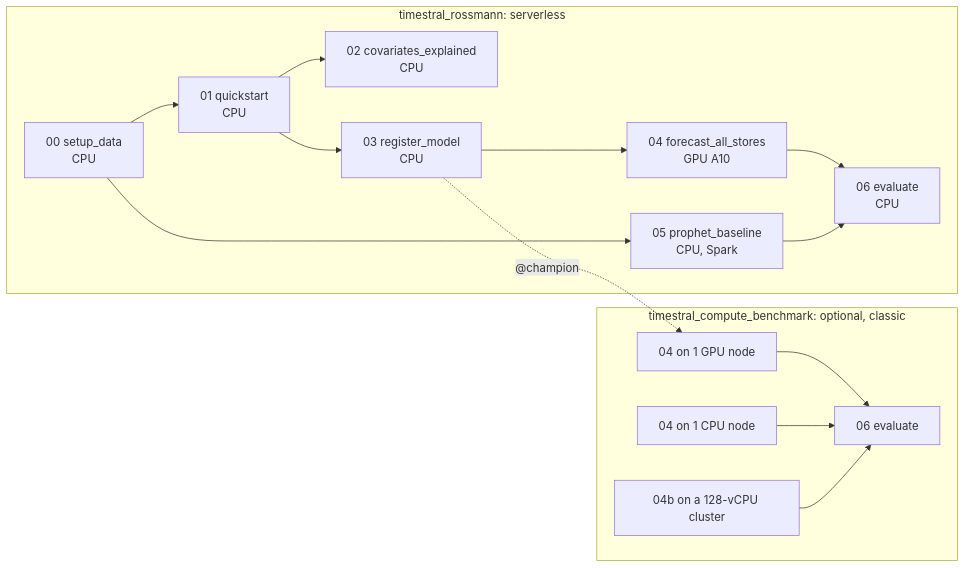
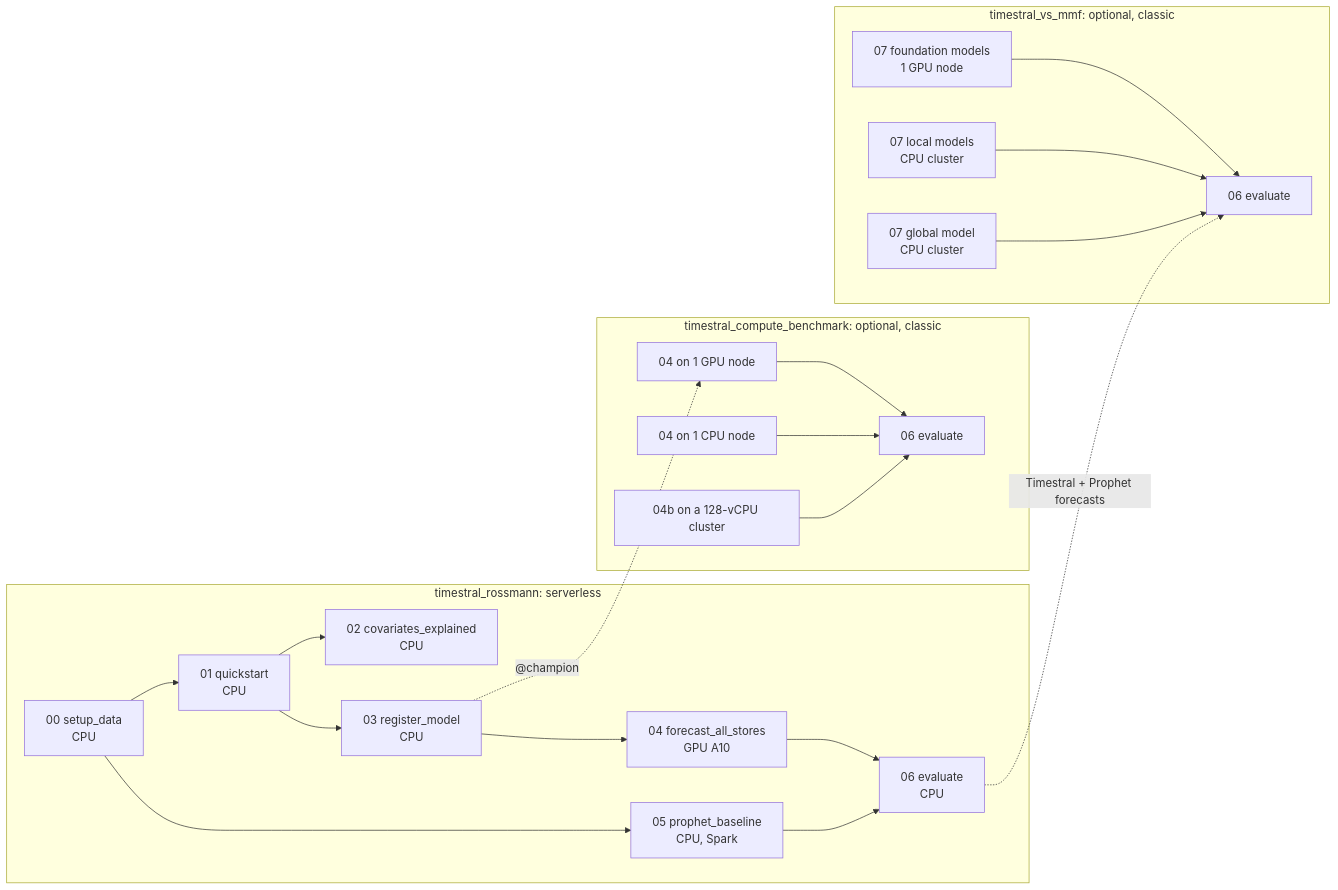
One commit to florent-brosse/timestral-databricks changed the diagram in README.md. Above: the diagram before and after it, drawn with Mermaid. The commit also changed other lines of this file and 4 other files, not shown here.

First line of the commit message:
Compare Timestral with the Many Model Forecasting models

````diff
--- a/README.md
+++ b/README.md
@@ -67,18 +77,24 @@
 ```mermaid
 flowchart LR
   subgraph timestral_rossmann [timestral_rossmann: serverless]
     A[00 setup_data<br/>CPU] --> B[01 quickstart<br/>CPU]
     B --> C[02 covariates_explained<br/>CPU]
     B --> D[03 register_model<br/>CPU]
     D --> E[04 forecast_all_stores<br/>GPU A10]
     A --> F[05 prophet_baseline<br/>CPU, Spark]
     E --> G[06 evaluate<br/>CPU]
     F --> G
   end
   subgraph timestral_compute_benchmark [timestral_compute_benchmark: optional, classic]
     H[04 on 1 GPU node] --> K[06 evaluate]
     I[04 on 1 CPU node] --> K
     J[04b on a 128-vCPU cluster] --> K
   end
+  subgraph timestral_vs_mmf [timestral_vs_mmf: optional, classic]
+    L[07 foundation models<br/>1 GPU node] --> O[06 evaluate]
+    M[07 local models<br/>CPU cluster] --> O
+    N[07 global model<br/>CPU cluster] --> O
+  end
   D -. "@champion" .-> H
+  G -. "Timestral + Prophet forecasts" .-> O
 ```
````
